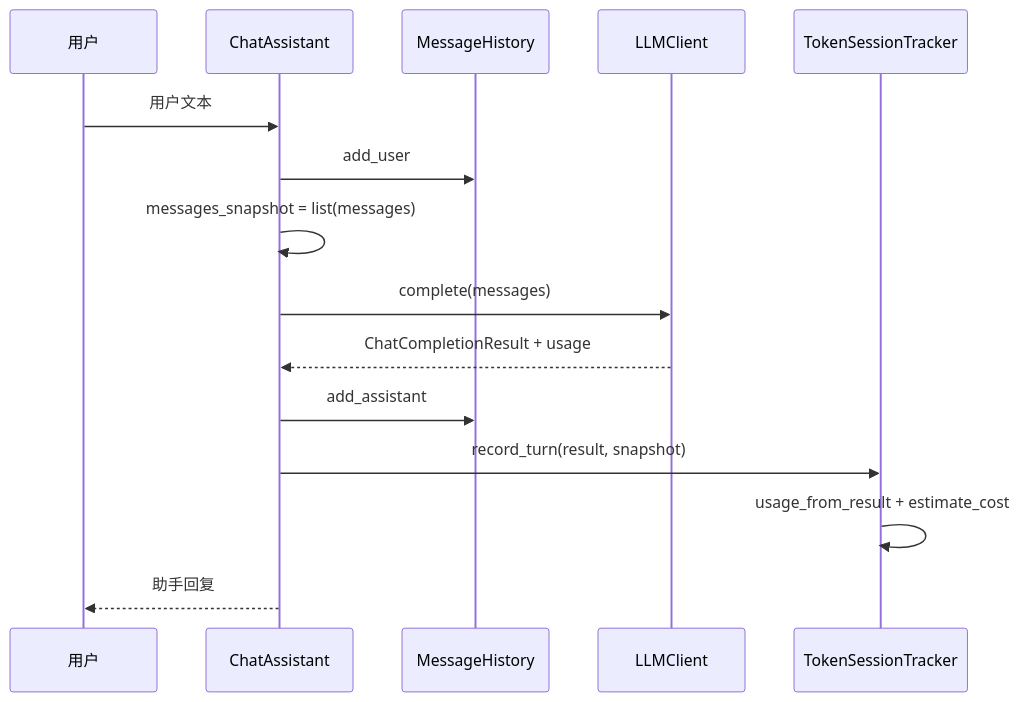
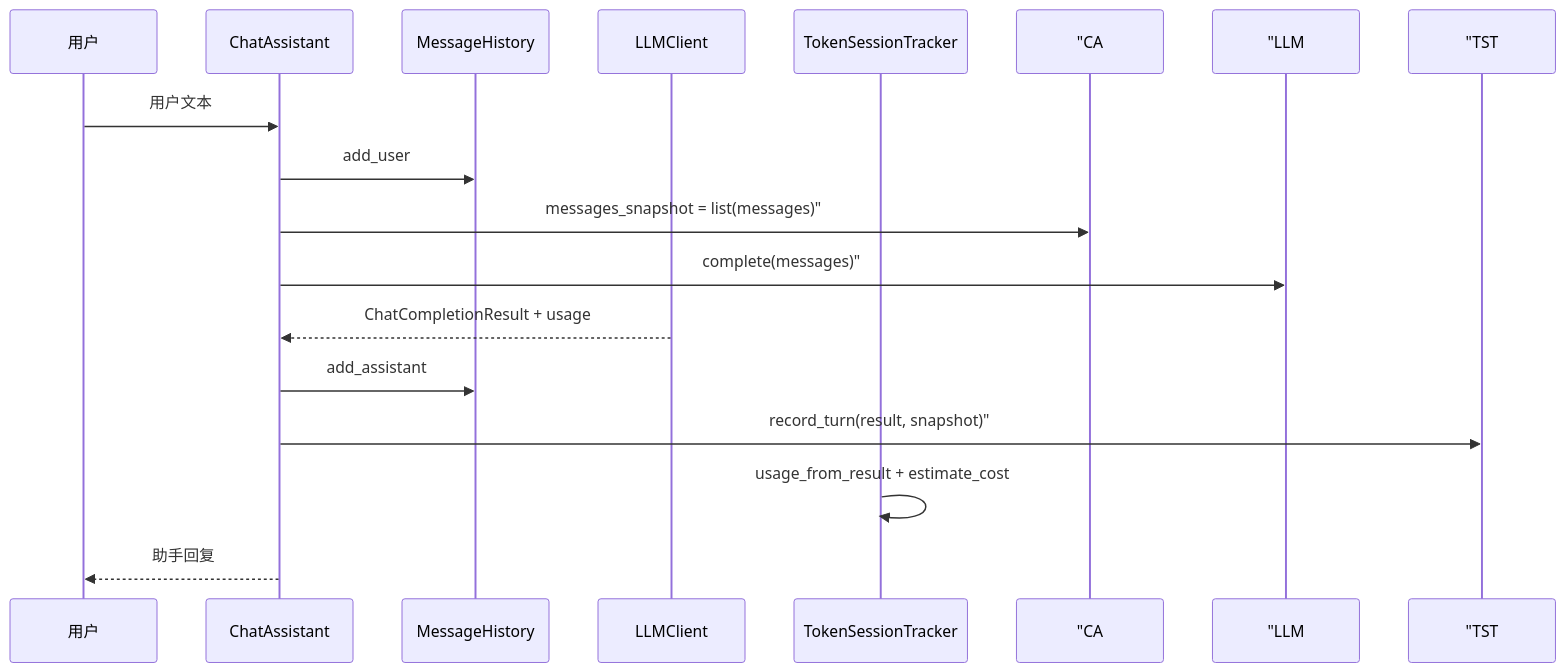
Before and after one commit to ab6539763/70_days_course_plus: the second of 2 diagrams in course/day15/03_架构设计.md, drawn with Mermaid. The commit also changed other lines of this file and 134 other files, not shown here.

````diff
--- a/course/day15/03_架构设计.md
+++ b/course/day15/03_架构设计.md
@@ -66,18 +66,18 @@
 ```mermaid
 sequenceDiagram
     participant U as 用户
     participant CA as ChatAssistant
     participant MH as MessageHistory
     participant LLM as LLMClient
     participant TST as TokenSessionTracker
 
     U->>CA: 用户文本
     CA->>MH: add_user
-    CA->>CA: messages_snapshot = list(messages)
-    CA->>LLM: complete(messages)
+    CA->> "CA: messages_snapshot = list(messages)"
+    CA->> "LLM: complete(messages)"
     LLM-->>CA: ChatCompletionResult + usage
     CA->>MH: add_assistant
-    CA->>TST: record_turn(result, snapshot)
+    CA->> "TST: record_turn(result, snapshot)"
     TST->>TST: usage_from_result + estimate_cost
     CA-->>U: 助手回复
 ```
````
